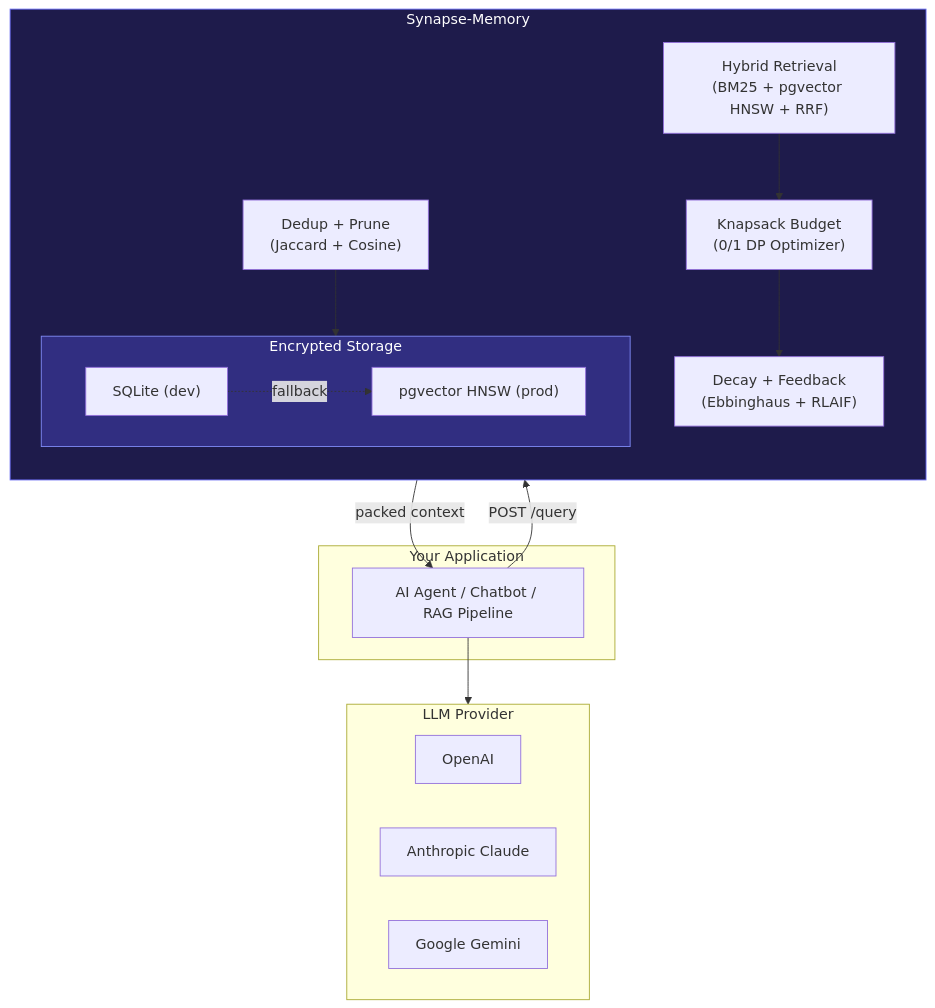
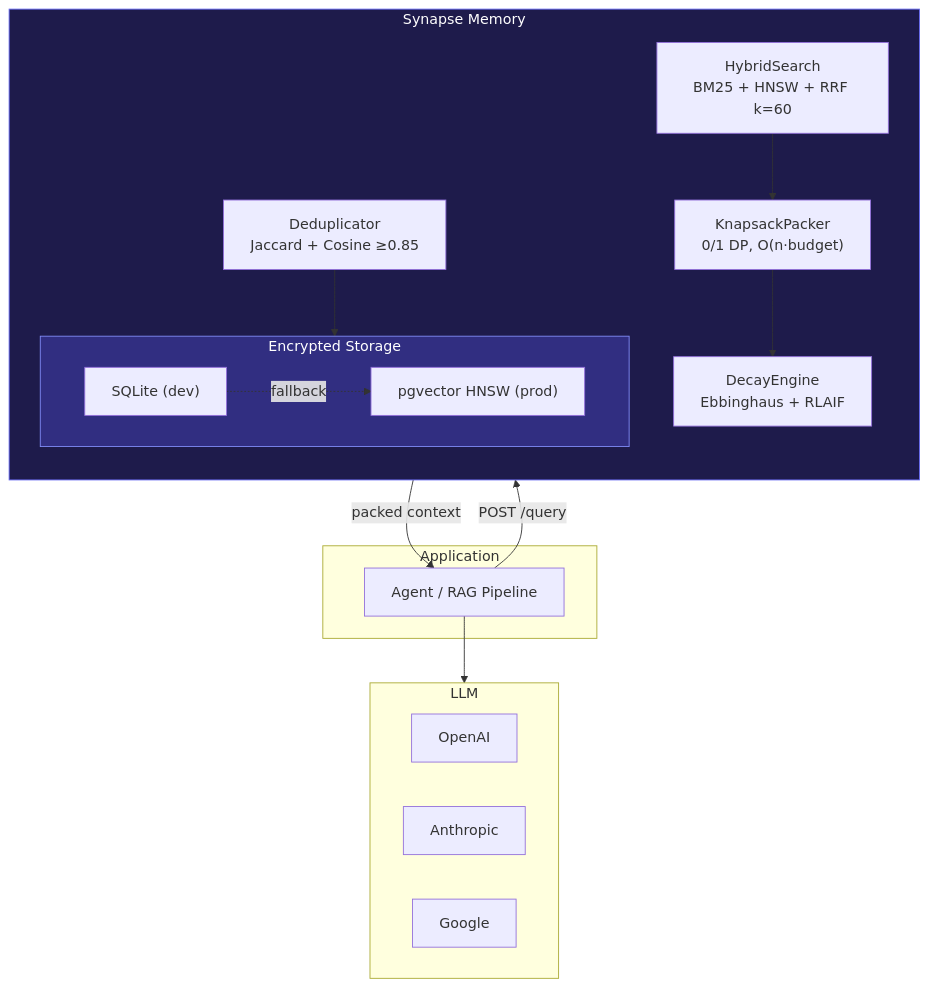
The first of 3 diagrams in README.md (721189/Synapse-Memory), drawn with Mermaid before and after one commit. The commit also changed other lines of this file, not shown here.

Commit message:
docs: rewrite README in senior staff engineer voice with mermaid diagrams

````diff
--- a/README.md
+++ b/README.md
@@ -21,34 +29,34 @@
 ```mermaid
 graph TB
-    subgraph App["Your Application"]
-        AGENT["AI Agent / Chatbot / RAG Pipeline"]
+    subgraph App["Application"]
+        AGENT["Agent / RAG Pipeline"]
     end
 
-    subgraph SM["Synapse-Memory"]
+    subgraph SM["Synapse Memory"]
         direction TB
-        RET["Hybrid Retrieval<br/>(BM25 + pgvector HNSW + RRF)"]
-        BUD["Knapsack Budget<br/>(0/1 DP Optimizer)"]
-        DEC["Decay + Feedback<br/>(Ebbinghaus + RLAIF)"]
-        DED["Dedup + Prune<br/>(Jaccard + Cosine)"]
-        subgraph STORE["Encrypted Storage"]
+        RET["HybridSearch<br/>BM25 + HNSW + RRF k=60"]
+        BUD["KnapsackPacker<br/>0/1 DP, O(n·budget)"]
+        DEC["DecayEngine<br/>Ebbinghaus + RLAIF"]
+        DED["Deduplicator<br/>Jaccard + Cosine ≥0.85"]
+        subgraph Store["Encrypted Storage"]
             SG["SQLite (dev)"]
             PG["pgvector HNSW (prod)"]
         end
         RET --> BUD --> DEC
-        DED --> STORE
+        DED --> Store
     end
 
-    subgraph LLM["LLM Provider"]
-        OPENAI["OpenAI"]
-        CLAUDE["Anthropic Claude"]
-        GEMINI["Google Gemini"]
+    subgraph LLM["LLM"]
+        O["OpenAI"]
+        C["Anthropic"]
+        G["Google"]
     end
 
     AGENT -->|"POST /query"| SM
     SM -->|"packed context"| AGENT
     AGENT --> LLM
     SG -.->|fallback| PG
 
     style SM fill:#1e1b4b,stroke:#6366f1,color:#fff
-    style STORE fill:#312e81,stroke:#818cf8,color:#fff
+    style Store fill:#312e81,stroke:#818cf8,color:#fff
 ```
````
